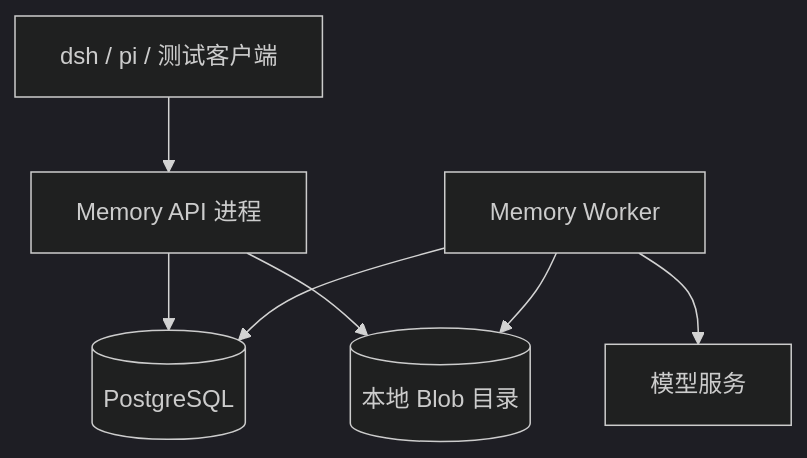
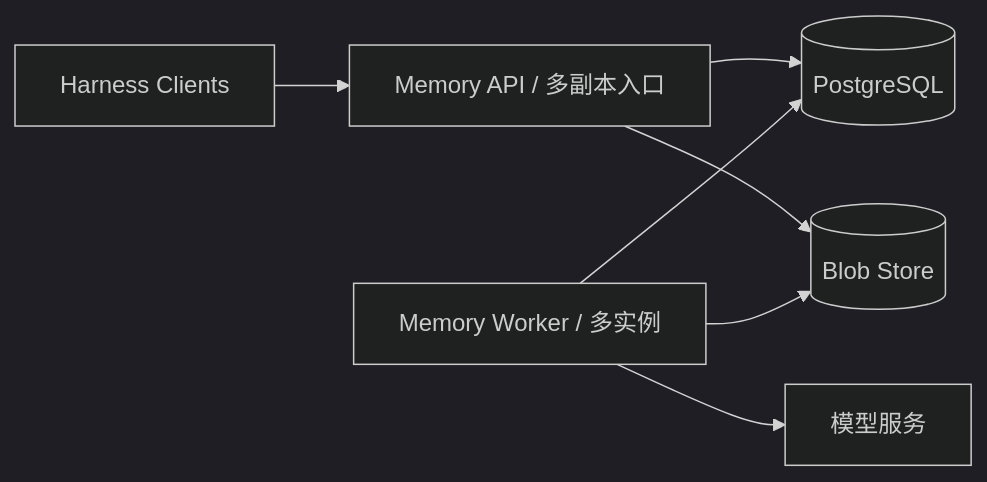
Before and after one commit to langsfang/ga: the diagram in docs/memory-system.md, drawn with Mermaid (dark theme). The commit also changed other lines of this file and 4 other files, not shown here.

````diff
--- a/docs/memory-system.md
+++ b/docs/memory-system.md
@@ -183,9 +247,9 @@
 ```mermaid
-flowchart TB
-    C[dsh / pi / 测试客户端] --> A[Memory API 进程]
+flowchart LR
+    C[Harness Clients] --> A[Memory API / 多副本入口]
     A --> D[(PostgreSQL)]
-    A --> B[(本地 Blob 目录)]
-    W[Memory Worker] --> D
+    A --> B[(Blob Store)]
+    W[Memory Worker / 多实例] --> D
     W --> B
     W --> L[模型服务]
 ```
````
